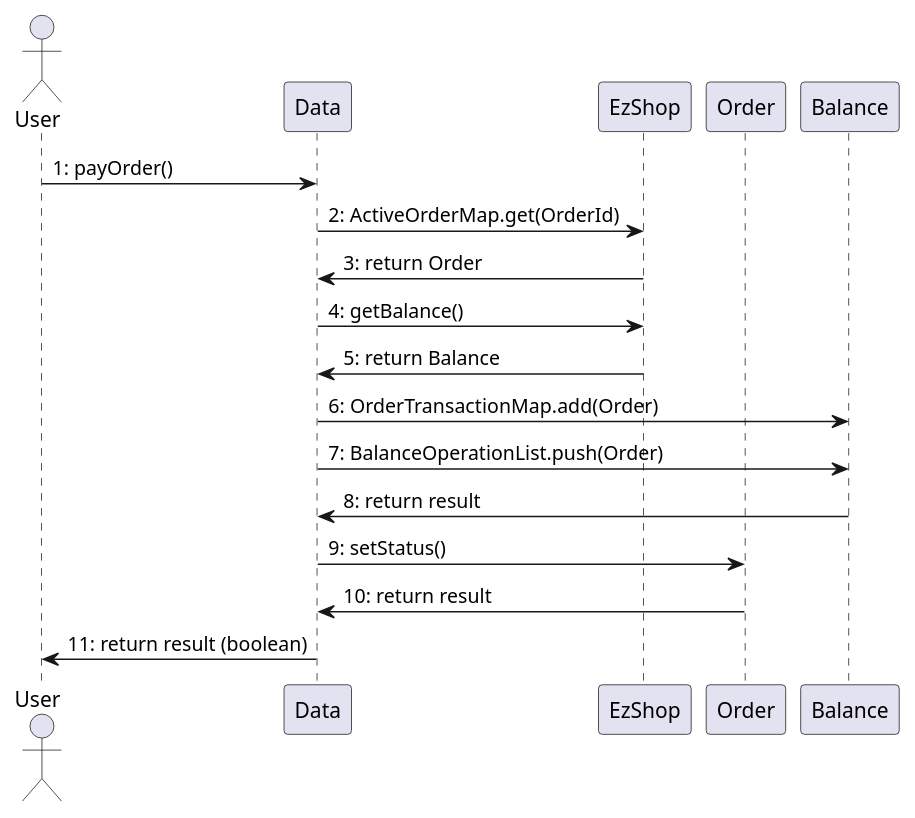
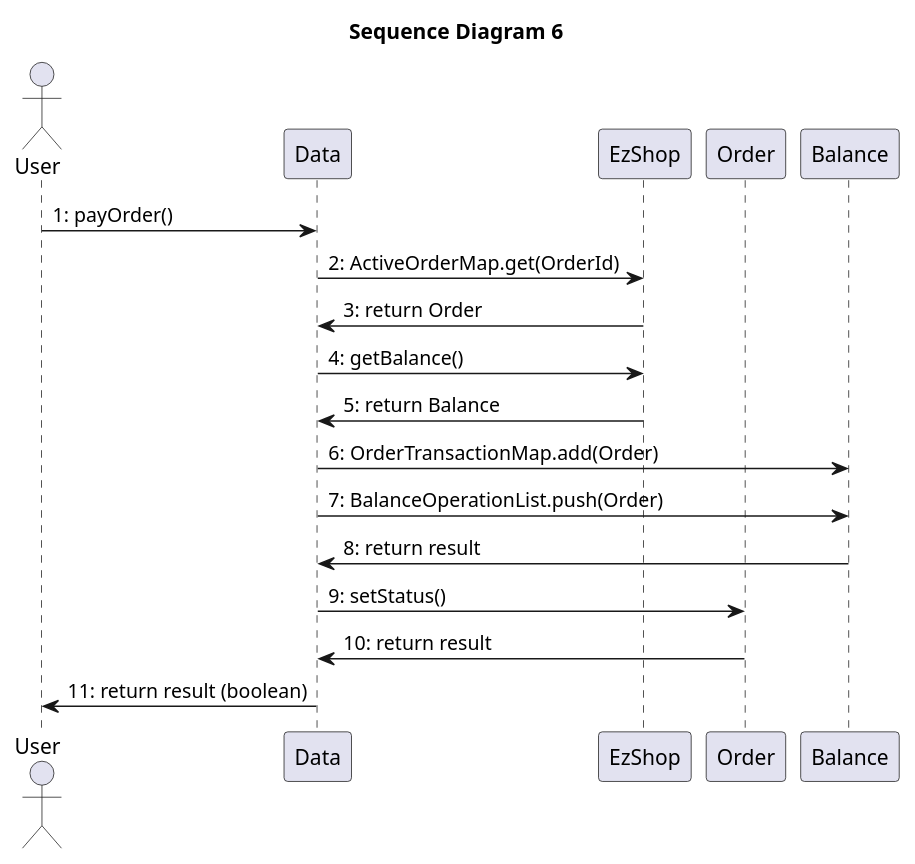
The eighth of 15 diagrams in Deliverables/DesignDocument.md (paolotron/EzshoProject31), drawn with PlantUML before and after one commit. The commit also changed other lines of this file, not shown here.

Commit message:
Updated sequence diagram's titles .md

````diff
--- a/Deliverables/DesignDocument.md
+++ b/Deliverables/DesignDocument.md
@@ -426,21 +430,22 @@
 ``` plantuml
 @startuml
+title "Sequence Diagram 6"
 actor User as U1
 participant Data
 participant EzShop
 participant Order as O
 participant Balance
 
 U1->Data: 1: payOrder()
 Data->EzShop: 2: ActiveOrderMap.get(OrderId)
 EzShop->Data: 3: return Order
 Data->EzShop: 4: getBalance()
 EzShop-> Data: 5: return Balance
 Data->Balance: 6: OrderTransactionMap.add(Order)
 Data->Balance: 7: BalanceOperationList.push(Order)
 Balance->Data: 8: return result
 Data->O: 9: setStatus()
 O->Data: 10: return result
 Data->U1: 11: return result (boolean)
 @enduml
 ```
````
